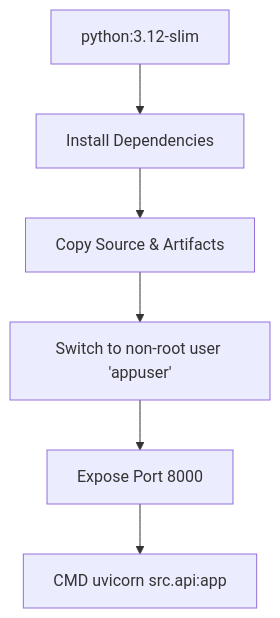
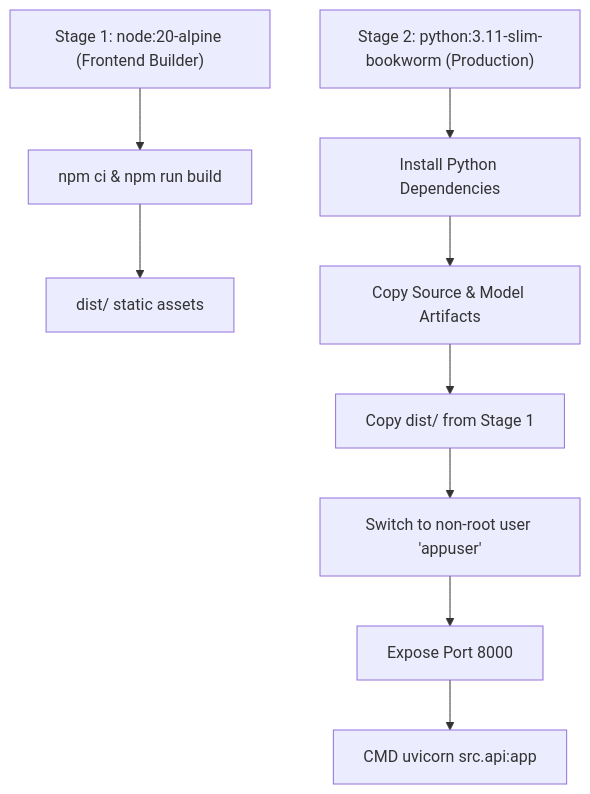
Before and after one commit to harshitthek/used-bike-price: the diagram in architecture/deployment.md, drawn with Mermaid. The commit also changed other lines of this file and 49 other files, not shown here.

````diff
--- a/architecture/deployment.md
+++ b/architecture/deployment.md
@@ -9,8 +9,12 @@
 ```mermaid
 graph TD
-    Base[python:3.12-slim] --> Install[Install Dependencies]
-    Install --> Copy[Copy Source & Artifacts]
-    Copy --> User[Switch to non-root user 'appuser']
+    Stage1["Stage 1: node:20-alpine (Frontend Builder)"] --> Build[npm ci & npm run build]
+    Build --> Dist[dist/ static assets]
+    
+    Stage2["Stage 2: python:3.11-slim-bookworm (Production)"] --> Install[Install Python Dependencies]
+    Install --> Copy[Copy Source & Model Artifacts]
+    Copy --> CopyDist[Copy dist/ from Stage 1]
+    CopyDist --> User[Switch to non-root user 'appuser']
     User --> Expose[Expose Port 8000]
     Expose --> Command[CMD uvicorn src.api:app]
 ```
````
